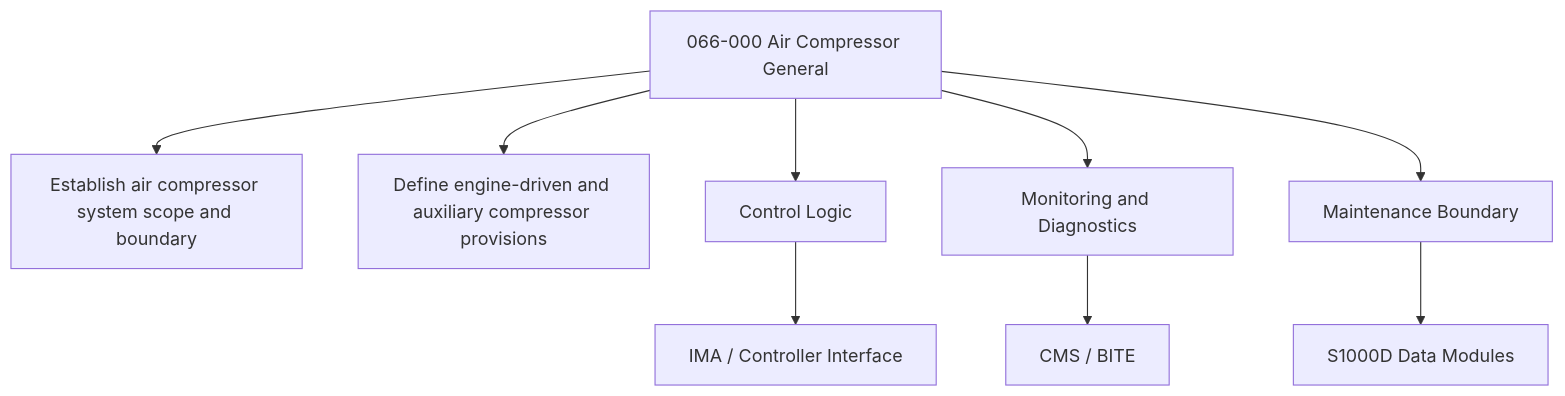
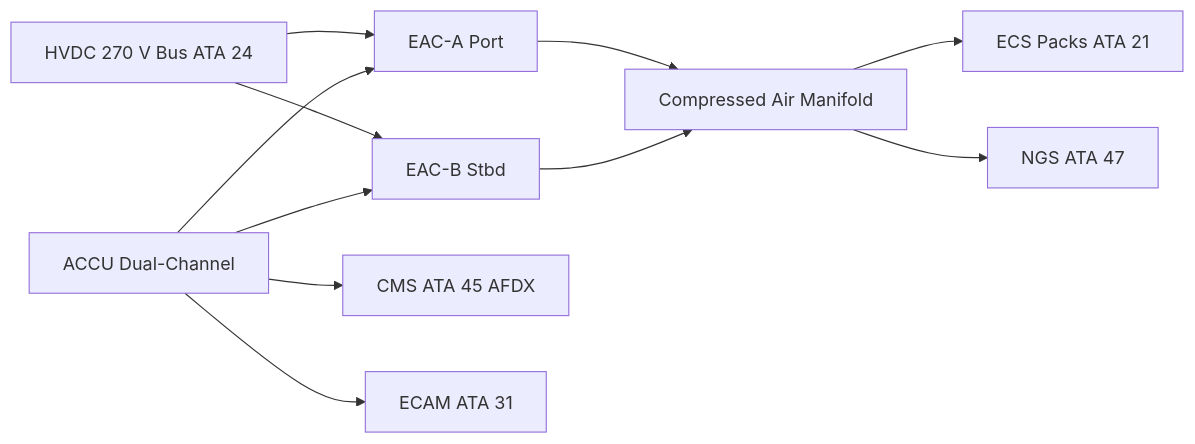
The first of 2 diagrams in Q+ATLANTIDE/000-099_ATLAS/060-069_Propulsion-Tradicional/066_Air-Compressor/066-000-Air-Compressor-General.md (AmedeoPelliccia/Qplus-For-All-Queer-People-and-Quantum), drawn with Mermaid before and after one commit. The commit also changed other lines of this file and 9 other files, not shown here.

First line of the commit message:
docs: rewrite 066_Air-Compressor — 10 files contextualized for AMPEL360E eWTW

````diff
--- a/Q+ATLANTIDE/000-099_ATLAS/060-069_Propulsion-Tradicional/066_Air-Compressor/066-000-Air-Compressor-General.md
+++ b/Q+ATLANTIDE/000-099_ATLAS/060-069_Propulsion-Tradicional/066_Air-Compressor/066-000-Air-Compressor-General.md
@@ -172,11 +93,13 @@
 ```mermaid
-flowchart TB
-    SYS[066-000 Air Compressor General] --> F1[Establish air compressor system scope and boundary]
-    SYS --> F2[Define engine-driven and auxiliary compressor provisions]
-    SYS --> CTRL[Control Logic]
-    SYS --> MON[Monitoring and Diagnostics]
-    SYS --> MAINT[Maintenance Boundary]
-    CTRL --> IMA[IMA / Controller Interface]
-    MON --> CMS[CMS / BITE]
-    MAINT --> CSDB[S1000D Data Modules]
+flowchart LR
+    HVDC[HVDC 270 V Bus ATA 24] --> EAC_A[EAC-A Port]
+    HVDC --> EAC_B[EAC-B Stbd]
+    EAC_A --> MANIFOLD[Compressed Air Manifold]
+    EAC_B --> MANIFOLD
+    MANIFOLD --> ECS[ECS Packs ATA 21]
+    MANIFOLD --> NGS[NGS ATA 47]
+    ACCU[ACCU Dual-Channel] --> EAC_A
+    ACCU --> EAC_B
+    ACCU --> CMS[CMS ATA 45 AFDX]
+    ACCU --> ECAM[ECAM ATA 31]
 ```
````
